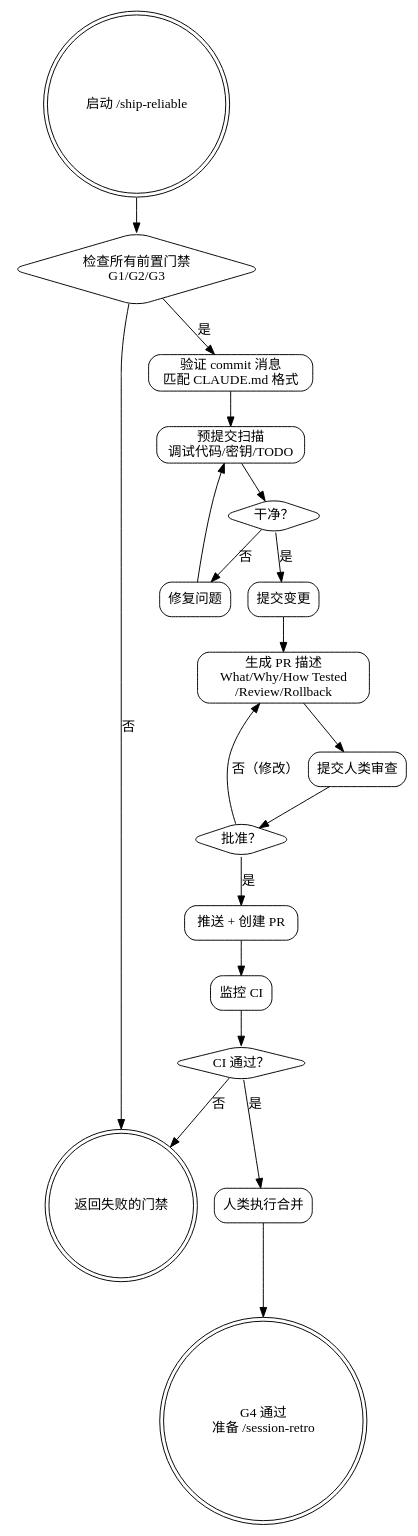
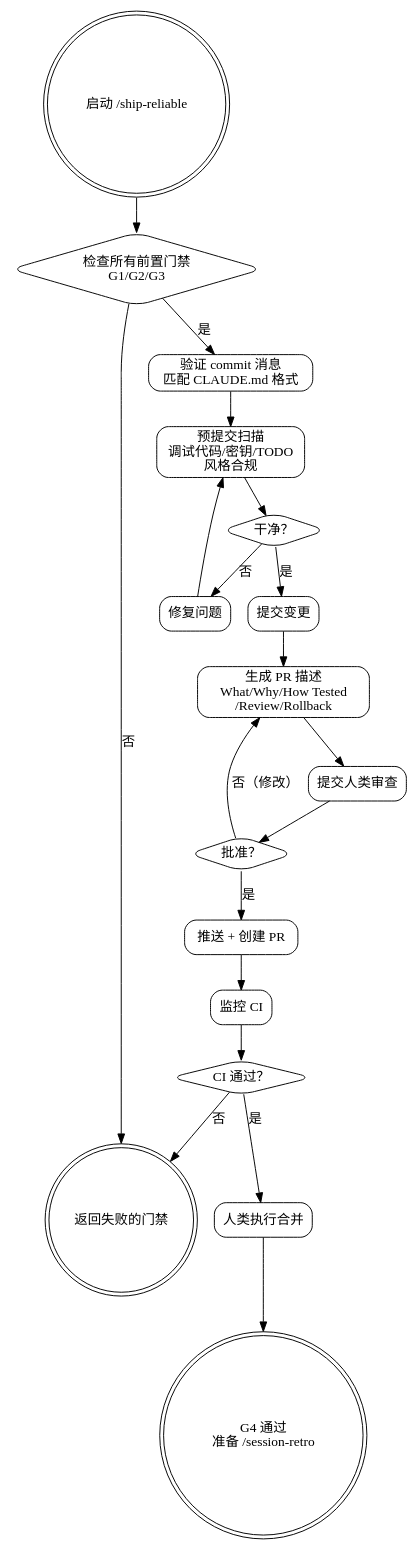
One commit to sueichen/reliable-agent changed the diagram in skills/reliable-ship/SKILL.md. Above: the diagram before and after it, drawn with Graphviz. The commit also changed other lines of this file and 35 other files, not shown here.

````diff
--- a/skills/reliable-ship/SKILL.md
+++ b/skills/reliable-ship/SKILL.md
@@ -28,42 +28,42 @@
 ```dot
 digraph reliable_ship {
     rankdir=TB;
     node [shape=box, style=rounded];
 
     start [label="启动 /ship-reliable", shape=doublecircle];
     gate_check [label="检查所有前置门禁\nG1/G2/G3", shape=diamond];
     fail_gate [label="返回失败的门禁", shape=doublecircle];
     validate_commits [label="验证 commit 消息\n匹配 CLAUDE.md 格式"];
-    precommit_scan [label="预提交扫描\n调试代码/密钥/TODO"];
+    precommit_scan [label="预提交扫描\n调试代码/密钥/TODO\n风格合规"];
     clean [label="干净？", shape=diamond];
     fix_issues [label="修复问题"];
     commit [label="提交变更"];
     generate_pr [label="生成 PR 描述\nWhat/Why/How Tested\n/Review/Rollback"];
     present [label="提交人类审查"];
     approved [label="批准？", shape=diamond];
     push_pr [label="推送 + 创建 PR"];
     monitor_ci [label="监控 CI"];
     ci_pass [label="CI 通过？", shape=diamond];
     human_merge [label="人类执行合并"];
     done [label="G4 通过\n准备 /session-retro", shape=doublecircle];
 
     start -> gate_check;
     gate_check -> fail_gate [label="否"];
     gate_check -> validate_commits [label="是"];
     validate_commits -> precommit_scan;
     precommit_scan -> clean;
     clean -> fix_issues [label="否"];
     fix_issues -> precommit_scan;
     clean -> commit [label="是"];
     commit -> generate_pr;
     generate_pr -> present;
     present -> approved;
     approved -> generate_pr [label="否（修改）"];
     approved -> push_pr [label="是"];
     push_pr -> monitor_ci;
     monitor_ci -> ci_pass;
     ci_pass -> fail_gate [label="否"];
     ci_pass -> human_merge [label="是"];
     human_merge -> done;
 }
 ```
````
